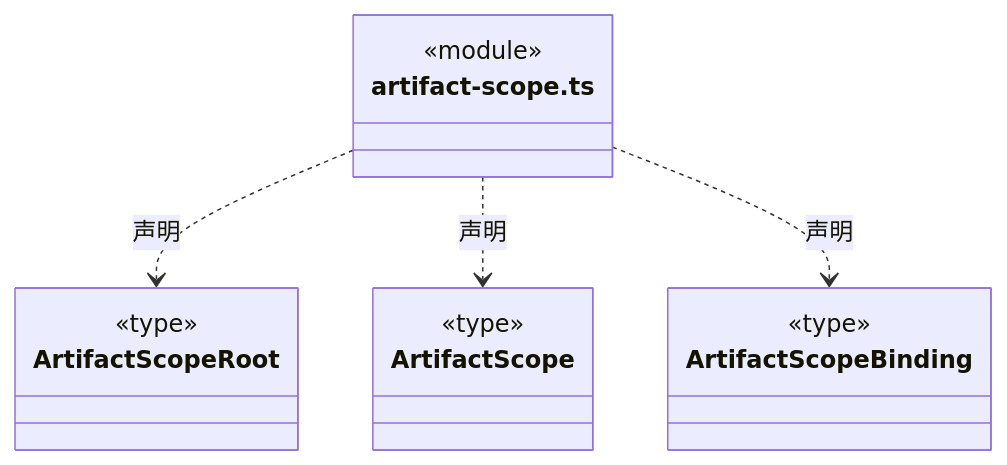
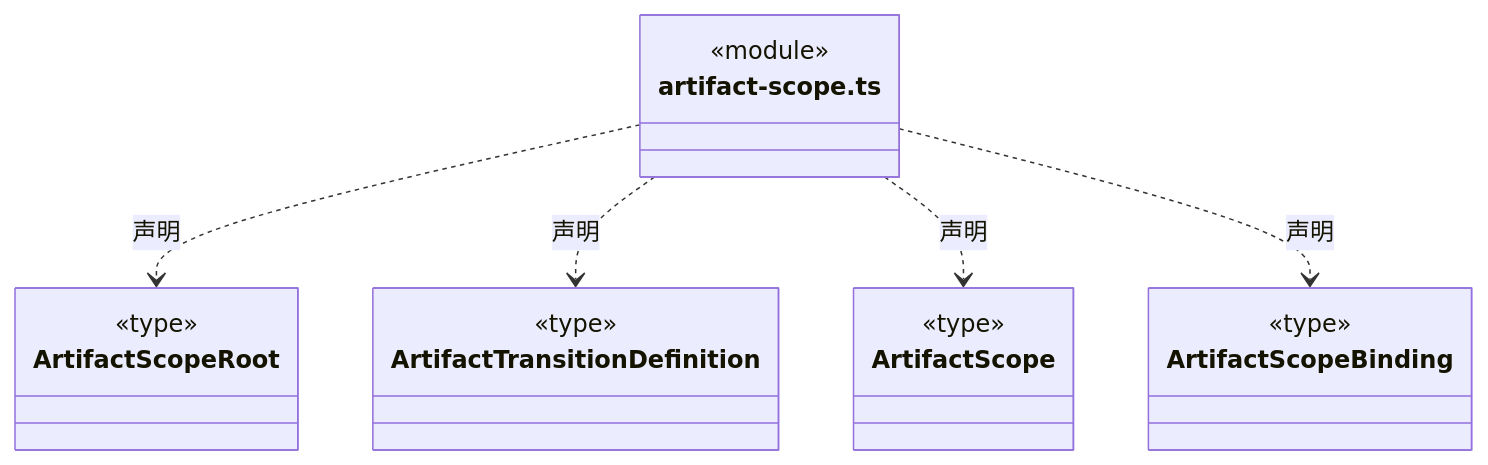
The second of 31 diagrams in src/backend/core/workspace/ARCHITECTURE.md (nan023062/cbim), drawn with Mermaid before and after one commit. The commit also changed other lines of this file and 62 other files, not shown here.

````diff
--- a/src/backend/core/workspace/ARCHITECTURE.md
+++ b/src/backend/core/workspace/ARCHITECTURE.md
@@ -38,21 +40,26 @@
 ```mermaid
 classDiagram
 class N_src_backend_core_workspace_artifact_scope_ts["artifact-scope.ts"] {
   <<module>>
 }
 class N_src_backend_core_workspace_artifact_scope_ts_ArtifactScopeRoot["ArtifactScopeRoot"] {
   <<type>>
 
 }
 N_src_backend_core_workspace_artifact_scope_ts ..> N_src_backend_core_workspace_artifact_scope_ts_ArtifactScopeRoot : 声明
+class N_src_backend_core_workspace_artifact_scope_ts_ArtifactTransitionDefinition["ArtifactTransitionDefinition"] {
+  <<type>>
+
+}
+N_src_backend_core_workspace_artifact_scope_ts ..> N_src_backend_core_workspace_artifact_scope_ts_ArtifactTransitionDefinition : 声明
 class N_src_backend_core_workspace_artifact_scope_ts_ArtifactScope["ArtifactScope"] {
   <<type>>
 
 }
 N_src_backend_core_workspace_artifact_scope_ts ..> N_src_backend_core_workspace_artifact_scope_ts_ArtifactScope : 声明
 class N_src_backend_core_workspace_artifact_scope_ts_ArtifactScopeBinding["ArtifactScopeBinding"] {
   <<type>>
 
 }
 N_src_backend_core_workspace_artifact_scope_ts ..> N_src_backend_core_workspace_artifact_scope_ts_ArtifactScopeBinding : 声明
 ```
````
